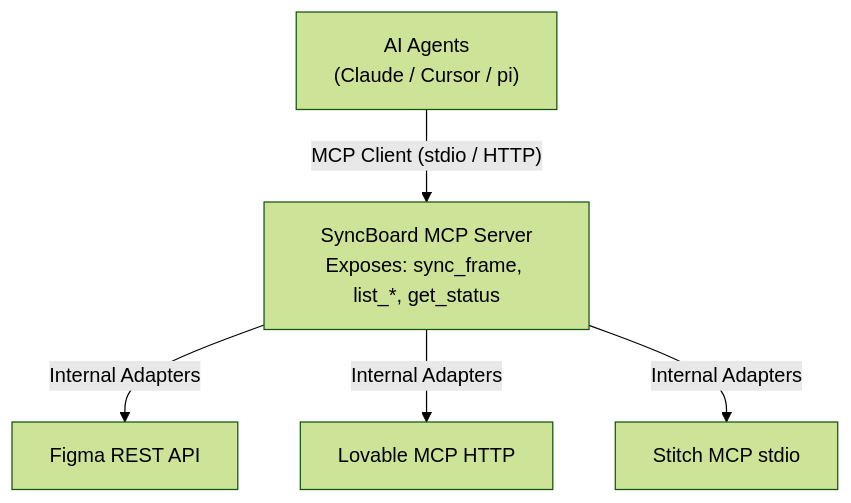
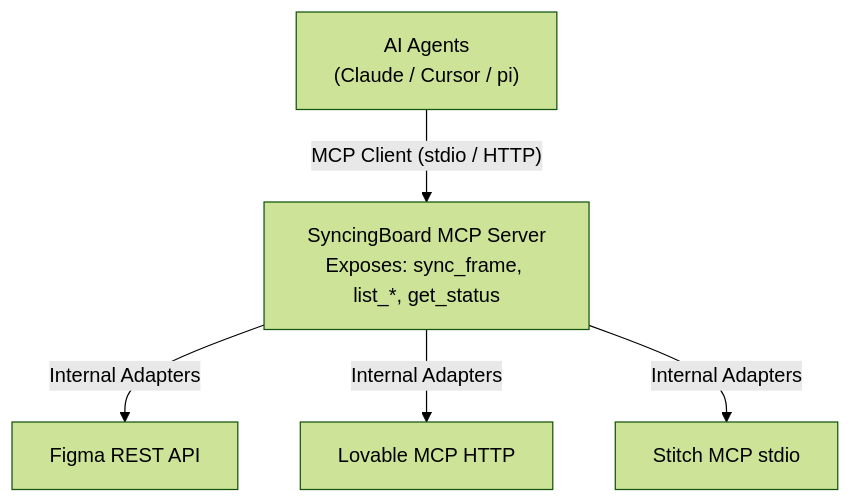
The diagram in doc/architecture/mcp-roadmap.md (luismichio/syncboard), drawn with Mermaid (forest theme) before and after one commit. The commit also changed other lines of this file and 62 other files, not shown here.

Commit message:
refactor(brand): migrate project, assets, storage keys, and domains to SyncingBoard

````diff
--- a/doc/architecture/mcp-roadmap.md
+++ b/doc/architecture/mcp-roadmap.md
@@ -69,13 +69,13 @@
 ```mermaid
 graph TD
   agents["AI Agents<br/>(Claude / Cursor / pi)"]
-  server["SyncBoard MCP Server<br/>Exposes: sync_frame, list_*, get_status"]
+  server["SyncingBoard MCP Server<br/>Exposes: sync_frame, list_*, get_status"]
   figma["Figma REST API"]
   lovable["Lovable MCP HTTP"]
   stitch["Stitch MCP stdio"]
 
   agents -->|"MCP Client (stdio / HTTP)"| server
   server -->|"Internal Adapters"| figma
   server -->|"Internal Adapters"| lovable
   server -->|"Internal Adapters"| stitch
 ```
````
